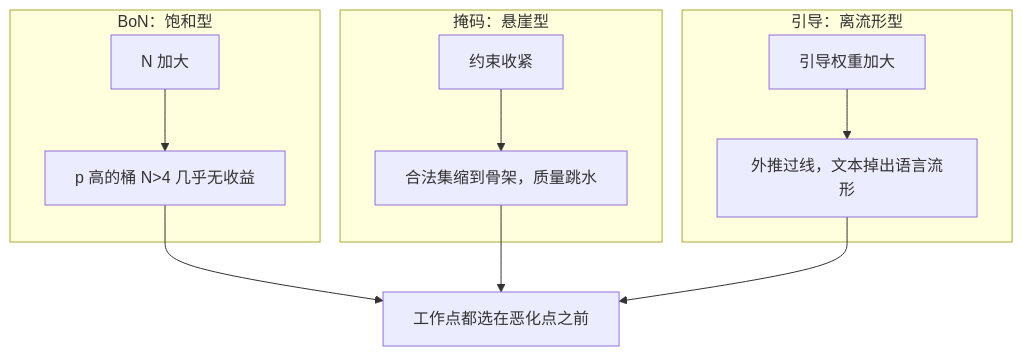
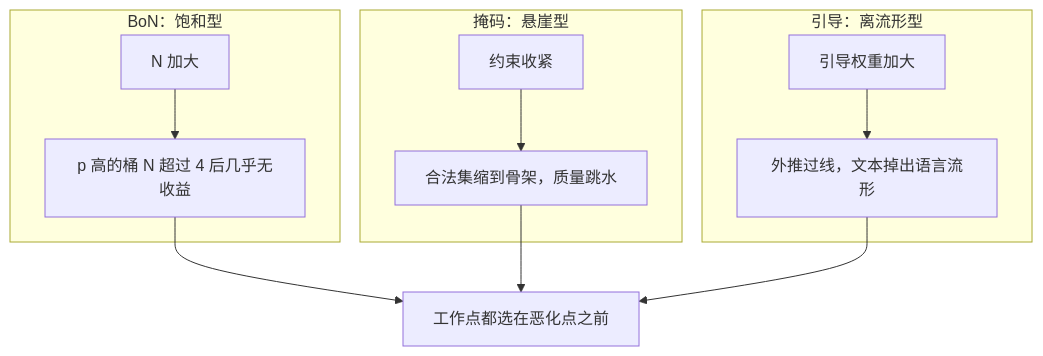
Before and after one commit to xhongduo-tech/xhongduo-tech.github.io: the second of 2 diagrams in docs/llm/dec-cost-quality-curve.md, drawn with Mermaid. The commit also changed 35 other files, not shown here.

First line of the commit message:
Enhance 90+ more articles with second diagrams and beginner marginnotes.

````diff
--- a/docs/llm/dec-cost-quality-curve.md
+++ b/docs/llm/dec-cost-quality-curve.md
@@ -51,15 +51,15 @@
 ```mermaid
 flowchart TD
   subgraph BON["BoN：饱和型"]
-    B1["N 加大"] --> B2["p 高的桶 N>4 几乎无收益"]
+    B1["N 加大"] --> B2["p 高的桶 N 超过 4 后几乎无收益"]
   end
   subgraph MASK["掩码：悬崖型"]
     M1["约束收紧"] --> M2["合法集缩到骨架，质量跳水"]
   end
   subgraph CFG2["引导：离流形型"]
     C1["引导权重加大"] --> C2["外推过线，文本掉出语言流形"]
   end
   B2 --> W["工作点都选在恶化点之前"]
   M2 --> W
   C2 --> W
 ```
````
